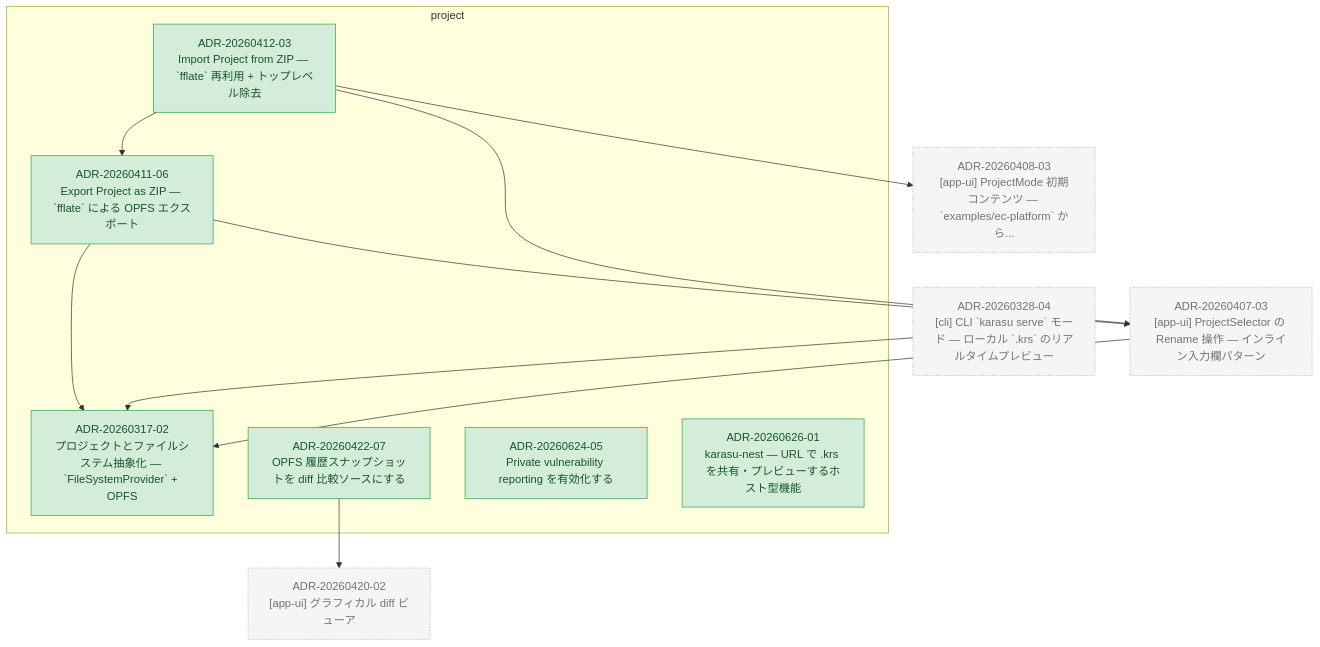
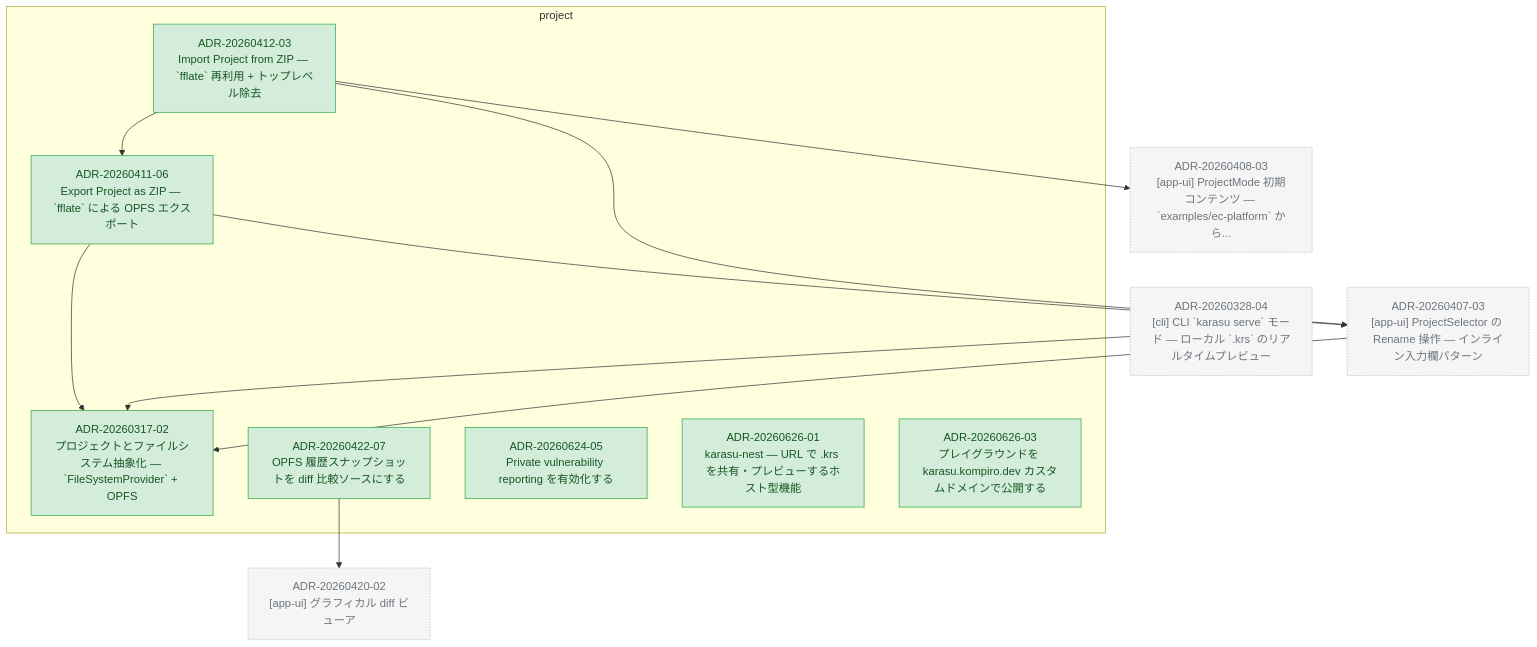
Before and after one commit to kompiro/karasu: the diagram in docs/adr/graph/project.md, drawn with Mermaid. The commit also changed other lines of this file and 15 other files, not shown here.

First line of the commit message:
chore: migrate playground URL from karasu.pages.dev to karasu.kompiro.dev

````diff
--- a/docs/adr/graph/project.md
+++ b/docs/adr/graph/project.md
@@ -6,40 +6,42 @@
 ```mermaid
 flowchart TD
   subgraph project["project"]
     ADR_20260317_02["ADR-20260317-02<br/>プロジェクトとファイルシステム抽象化 — `FileSystemProvider` + OPFS"]
     ADR_20260411_06["ADR-20260411-06<br/>Export Project as ZIP — `fflate` による OPFS エクスポート"]
     ADR_20260412_03["ADR-20260412-03<br/>Import Project from ZIP — `fflate` 再利用 + トップレベル除去"]
     ADR_20260422_07["ADR-20260422-07<br/>OPFS 履歴スナップショットを diff 比較ソースにする"]
     ADR_20260624_05["ADR-20260624-05<br/>Private vulnerability reporting を有効化する"]
     ADR_20260626_01["ADR-20260626-01<br/>karasu-nest — URL で .krs を共有・プレビューするホスト型機能"]
+    ADR_20260626_03["ADR-20260626-03<br/>プレイグラウンドを karasu.kompiro.dev カスタムドメインで公開する"]
   end
   ADR_20260328_04["ADR-20260328-04<br/>[cli] CLI `karasu serve` モード — ローカル `.krs` のリアルタイムプレビュー"]
   ADR_20260407_03["ADR-20260407-03<br/>[app-ui] ProjectSelector の Rename 操作 — インライン入力欄パターン"]
   ADR_20260408_03["ADR-20260408-03<br/>[app-ui] ProjectMode 初期コンテンツ — `examples/ec-platform` から..."]
   ADR_20260420_02["ADR-20260420-02<br/>[app-ui] グラフィカル diff ビューア"]
   ADR_20260411_06 --> ADR_20260317_02
   ADR_20260411_06 --> ADR_20260407_03
   ADR_20260412_03 --> ADR_20260407_03
   ADR_20260412_03 --> ADR_20260408_03
   ADR_20260412_03 --> ADR_20260411_06
   ADR_20260422_07 --> ADR_20260420_02
   ADR_20260328_04 --> ADR_20260317_02
   ADR_20260407_03 --> ADR_20260317_02
 
   classDef accepted fill:#d4edda,stroke:#28a745,color:#155724
   classDef proposed fill:#fff3cd,stroke:#ffc107,color:#856404
   classDef deprecated fill:#f8d7da,stroke:#dc3545,color:#721c24
   classDef superseded fill:#e2e3e5,stroke:#6c757d,color:#383d41
   classDef not_adopted fill:#e2e3e5,stroke:#6c757d,color:#383d41,stroke-dasharray:3 3
   classDef ghost fill:#f5f5f5,stroke:#adb5bd,color:#6c757d,stroke-dasharray:2 2
   class ADR_20260317_02 accepted
   class ADR_20260411_06 accepted
   class ADR_20260412_03 accepted
   class ADR_20260422_07 accepted
   class ADR_20260624_05 accepted
   class ADR_20260626_01 accepted
+  class ADR_20260626_03 accepted
   class ADR_20260328_04 ghost
   class ADR_20260407_03 ghost
   class ADR_20260408_03 ghost
   class ADR_20260420_02 ghost
 ```
````
